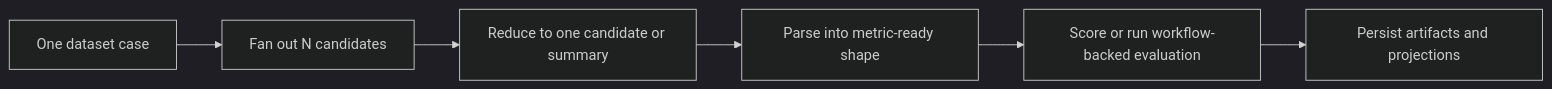
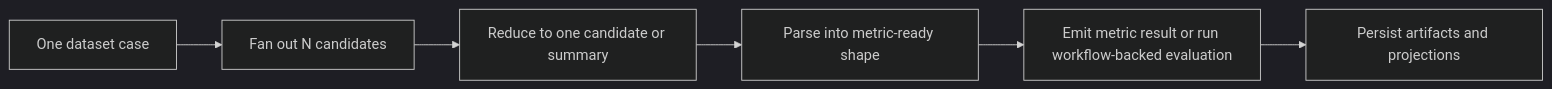
Before and after one commit to Pittawat2542/themis: the diagram in docs/explanation/fanout-reduction-parsing-scoring.md, drawn with Mermaid (dark theme). The commit also changed 87 other files, not shown here.

````diff
--- a/docs/explanation/fanout-reduction-parsing-scoring.md
+++ b/docs/explanation/fanout-reduction-parsing-scoring.md
@@ -20,8 +20,8 @@
 ```mermaid
 flowchart LR
     A["One dataset case"] --> B["Fan out N candidates"]
     B --> C["Reduce to one candidate or summary"]
     C --> D["Parse into metric-ready shape"]
-    D --> E["Score or run workflow-backed evaluation"]
+    D --> E["Emit metric result or run workflow-backed evaluation"]
     E --> F["Persist artifacts and projections"]
 ```
````
